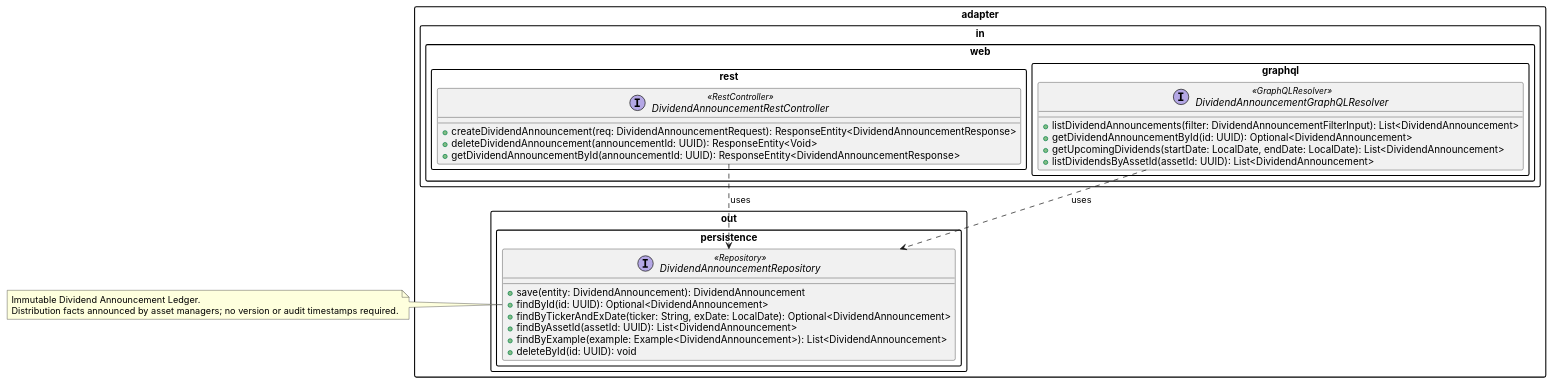
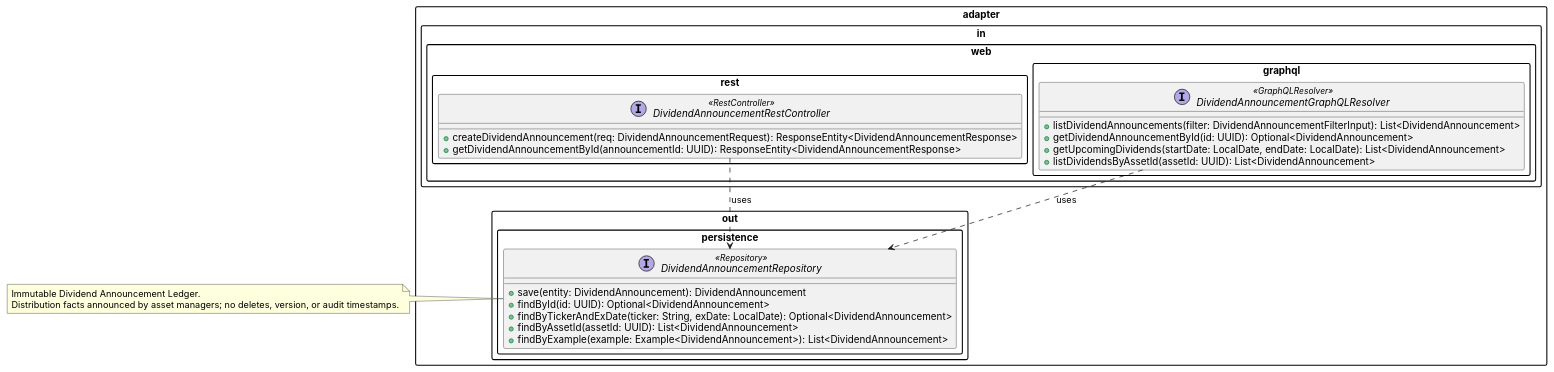
The diagram in docs/02-design-specs/uml/dividend_announcement_contract.puml (linuschien/etf-alpha-harvester), drawn with PlantUML before and after one commit. The commit also changed 8 other files, not shown here.

```diff
--- a/docs/02-design-specs/uml/dividend_announcement_contract.puml
+++ b/docs/02-design-specs/uml/dividend_announcement_contract.puml
@@ -1,47 +1,45 @@
 @startuml dividend_announcement_contract
 
 !pragma layout smetana
 skinparam packageStyle rectangle
 skinparam defaultFontName Inter
 
 package "adapter.in.web.rest" {
   interface "DividendAnnouncementRestController" <<RestController>> {
-    ' --- Ingest / Delete ---
+    ' --- Ingest ---
     + createDividendAnnouncement(req: DividendAnnouncementRequest): ResponseEntity<DividendAnnouncementResponse>
-    + deleteDividendAnnouncement(announcementId: UUID): ResponseEntity<Void>
     ' --- Single-resource Query ---
     + getDividendAnnouncementById(announcementId: UUID): ResponseEntity<DividendAnnouncementResponse>
   }
 }
 
 package "adapter.in.web.graphql" {
   interface "DividendAnnouncementGraphQLResolver" <<GraphQLResolver>> {
     ' --- Collection / Filtered Queries ---
     + listDividendAnnouncements(filter: DividendAnnouncementFilterInput): List<DividendAnnouncement>
     + getDividendAnnouncementById(id: UUID): Optional<DividendAnnouncement>
     + getUpcomingDividends(startDate: LocalDate, endDate: LocalDate): List<DividendAnnouncement>
     + listDividendsByAssetId(assetId: UUID): List<DividendAnnouncement>
   }
 }
 
 package "adapter.out.persistence" {
   interface "DividendAnnouncementRepository" <<Repository>> {
     + save(entity: DividendAnnouncement): DividendAnnouncement
     + findById(id: UUID): Optional<DividendAnnouncement>
     + findByTickerAndExDate(ticker: String, exDate: LocalDate): Optional<DividendAnnouncement>
     + findByAssetId(assetId: UUID): List<DividendAnnouncement>
     + findByExample(example: Example<DividendAnnouncement>): List<DividendAnnouncement>
-    + deleteById(id: UUID): void
   }
 }
 
 note right of DividendAnnouncementRepository
   Immutable Dividend Announcement Ledger.
-  Distribution facts announced by asset managers; no version or audit timestamps required.
+  Distribution facts announced by asset managers; no deletes, version, or audit timestamps.
 end note
 
 ' === Dependency Arrows ===
 "DividendAnnouncementRestController"  ..> "DividendAnnouncementRepository" : uses
 "DividendAnnouncementGraphQLResolver" ..> "DividendAnnouncementRepository" : uses
 
 @enduml
```
